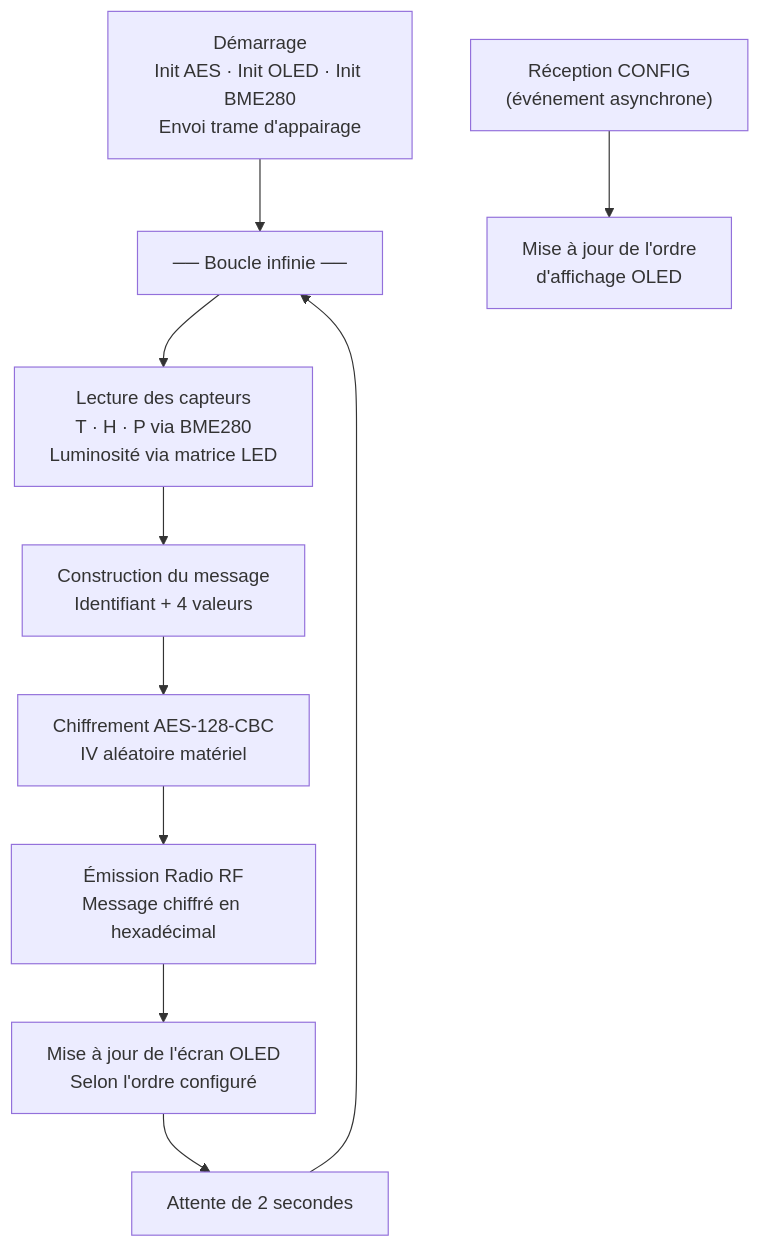
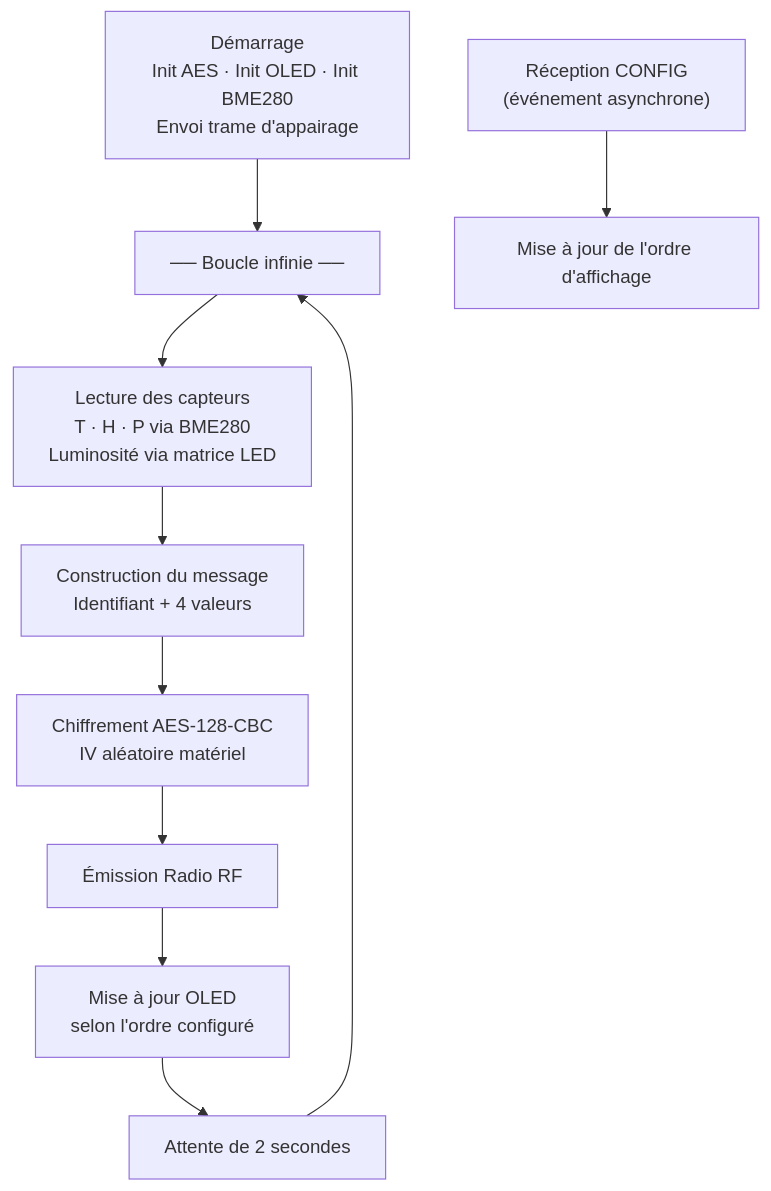
One commit to QuentinBastos/iot-project changed the sixth of 10 diagrams in rendu.md. Above: the diagram before and after it, drawn with Mermaid. The commit also changed other lines of this file, not shown here.

````diff
--- a/rendu.md
+++ b/rendu.md
@@ -220,16 +163,16 @@
 ```mermaid
 flowchart TD
     BOOT_O["Démarrage\nInit AES · Init OLED · Init BME280\nEnvoi trame d'appairage"]
     LOOP_O["── Boucle infinie ──"]
     S1_O["Lecture des capteurs\nT · H · P via BME280\nLuminosité via matrice LED"]
     S2_O["Construction du message\nIdentifiant + 4 valeurs"]
     S3_O["Chiffrement AES-128-CBC\nIV aléatoire matériel"]
-    S4_O["Émission Radio RF\nMessage chiffré en hexadécimal"]
-    S5_O["Mise à jour de l'écran OLED\nSelon l'ordre configuré"]
+    S4_O["Émission Radio RF"]
+    S5_O["Mise à jour OLED\nselon l'ordre configuré"]
     S6_O["Attente de 2 secondes"]
     ISR_O["Réception CONFIG\n(événement asynchrone)"]
-    UPD_O["Mise à jour de l'ordre\nd'affichage OLED"]
+    UPD_O["Mise à jour de l'ordre d'affichage"]
 
     BOOT_O --> LOOP_O --> S1_O --> S2_O --> S3_O --> S4_O --> S5_O --> S6_O --> LOOP_O
     ISR_O --> UPD_O
 ```
````
